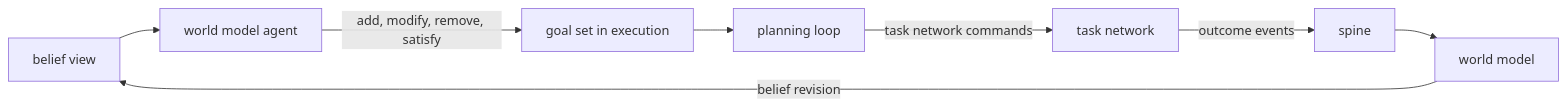
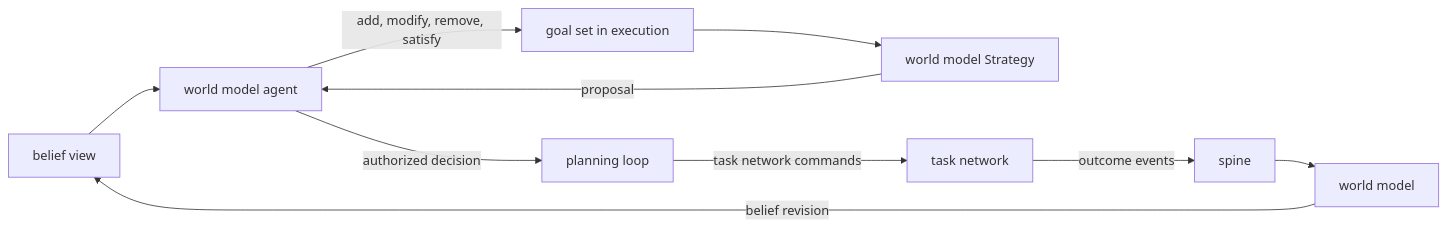
The diagram in design/cognitive_architecture/execution/goals/README.md (JerkyTreats/meld), drawn with Mermaid before and after one commit. The commit also changed other lines of this file and 34 other files, not shown here.

Commit message:
design(strategy): define world-model strategy architecture

````diff
--- a/design/cognitive_architecture/execution/goals/README.md
+++ b/design/cognitive_architecture/execution/goals/README.md
@@ -67,10 +67,12 @@
 ```mermaid
 flowchart LR
     BV[belief view] --> AG[world model agent]
     AG -->|add, modify, remove, satisfy| GS[goal set in execution]
-    GS --> PL[planning loop]
+    GS --> ST[world model Strategy]
+    ST -->|proposal| AG
+    AG -->|authorized decision| PL[planning loop]
     PL -->|task network commands| TN[task network]
     TN -->|outcome events| SP[spine]
     SP --> WM[world model]
     WM -->|belief revision| BV
 ```
````
